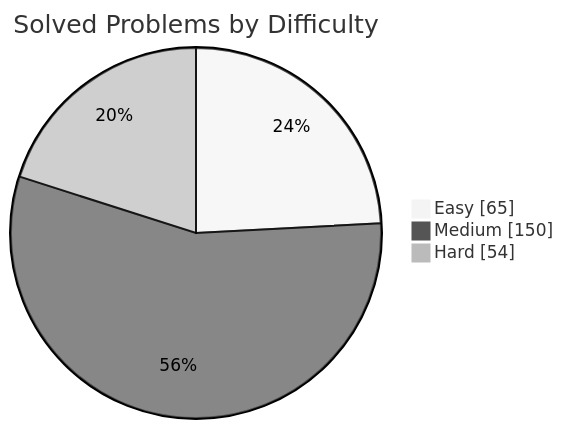
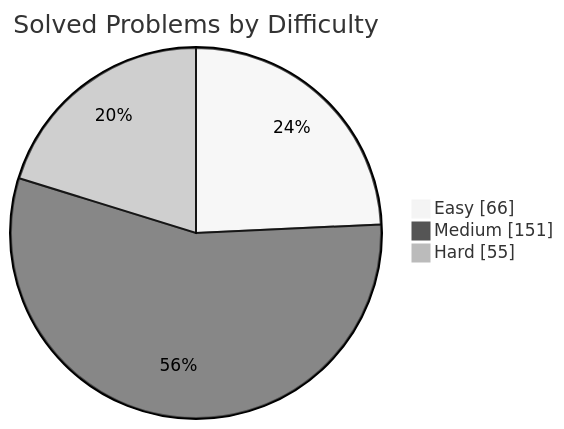
The first of 2 diagrams in README.md (manikantbindass/DSA-Preparation-FAANG), drawn with Mermaid (neutral theme) before and after one commit. The commit also changed other lines of this file and 1 other file, not shown here.

````diff
--- a/README.md
+++ b/README.md
@@ -42,7 +42,7 @@
 ```mermaid
 pie showData
     title Solved Problems by Difficulty
-    "Easy" : 65
-    "Medium" : 150
-    "Hard" : 54
+    "Easy" : 66
+    "Medium" : 151
+    "Hard" : 55
 ```
````
